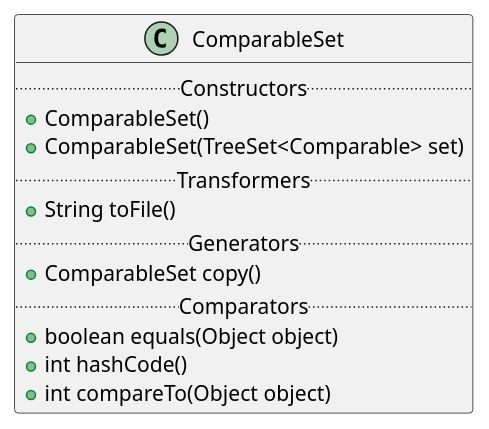
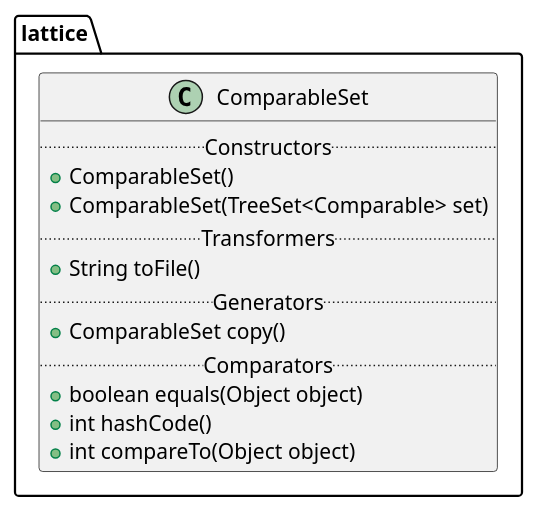
The diagram in src/lattice/ComparableSet.iuml (thegalactic/java-lattices), drawn with PlantUML before and after one commit. The commit also changed other lines of this file and 30 other files, not shown here.

Commit message:
Finish UML graphs

```diff
--- a/src/lattice/ComparableSet.iuml
+++ b/src/lattice/ComparableSet.iuml
@@ -1,13 +1,15 @@
-class ComparableSet {
-    .. Constructors ..
-    +ComparableSet()
-    +ComparableSet(TreeSet<Comparable> set)
-    .. Transformers ..
-    +String toFile()
-    .. Generators ..
-    +ComparableSet copy()
-    .. Comparators ..
-    +boolean equals(Object object)
-    +int hashCode()
-    +int compareTo(Object object)
+package lattice {
+    class ComparableSet {
+        .. Constructors ..
+        +ComparableSet()
+        +ComparableSet(TreeSet<Comparable> set)
+        .. Transformers ..
+        +String toFile()
+        .. Generators ..
+        +ComparableSet copy()
+        .. Comparators ..
+        +boolean equals(Object object)
+        +int hashCode()
+        +int compareTo(Object object)
+    }
 }
```
